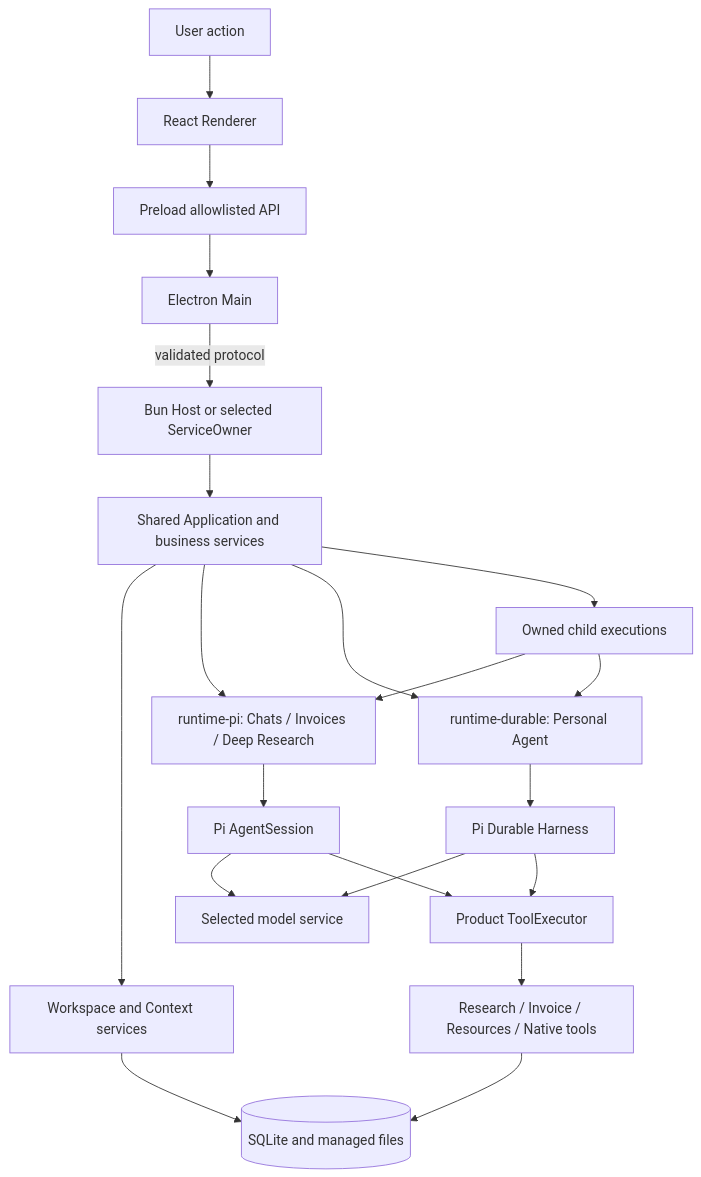
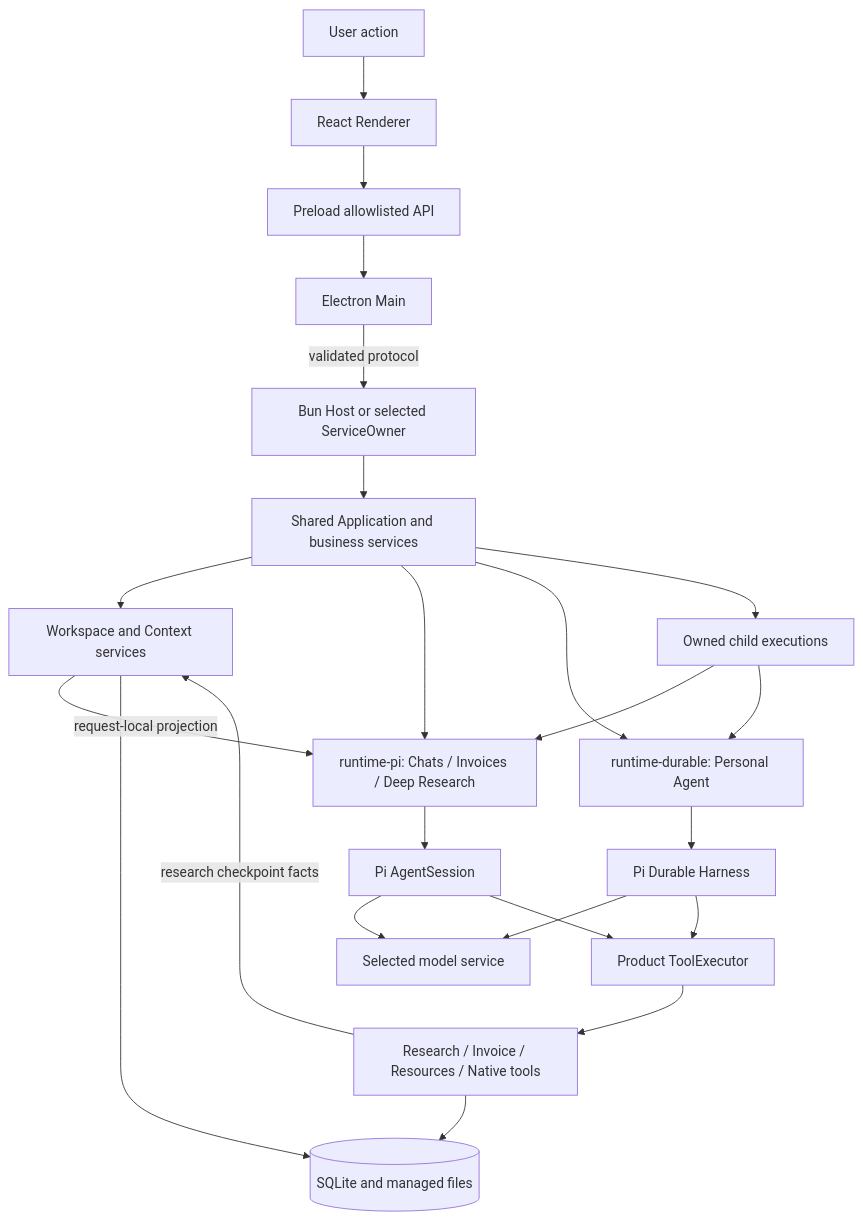
One commit to ChaoDiDiaoAA/Flowmate changed the diagram in docs/public/architecture.md. Above: the diagram before and after it, drawn with Mermaid. The commit also changed other lines of this file and 24 other files, not shown here.

Commit message:
docs: update context and research documentation

````diff
--- a/docs/public/architecture.md
+++ b/docs/public/architecture.md
@@ -11,23 +11,25 @@
 ```mermaid
 flowchart TB
   User[User action] --> Renderer[React Renderer]
   Renderer --> Preload[Preload allowlisted API]
   Preload --> Main[Electron Main]
   Main -->|validated protocol| Host[Bun Host or selected ServiceOwner]
   Host --> App[Shared Application and business services]
   App --> Context[Workspace and Context services]
   App --> Adapter[runtime-pi: Chats / Invoices / Deep Research]
+  Context -->|request-local projection| Adapter
   Adapter --> SDK[Pi AgentSession]
   App --> Durable[runtime-durable: Personal Agent]
   Durable --> Harness[Pi Durable Harness]
   SDK --> Model[Selected model service]
   Harness --> Model
   SDK --> Executor[Product ToolExecutor]
   Harness --> Executor
   Executor --> Domain[Research / Invoice / Resources / Native tools]
+  Domain -->|research checkpoint facts| Context
   Context --> Store[(SQLite and managed files)]
   Domain --> Store
   App --> Children[Owned child executions]
   Children --> Adapter
   Children --> Durable
 ```
````
